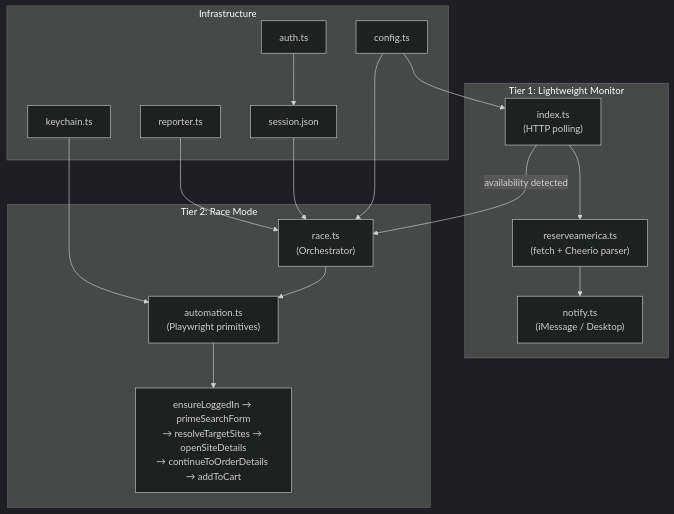
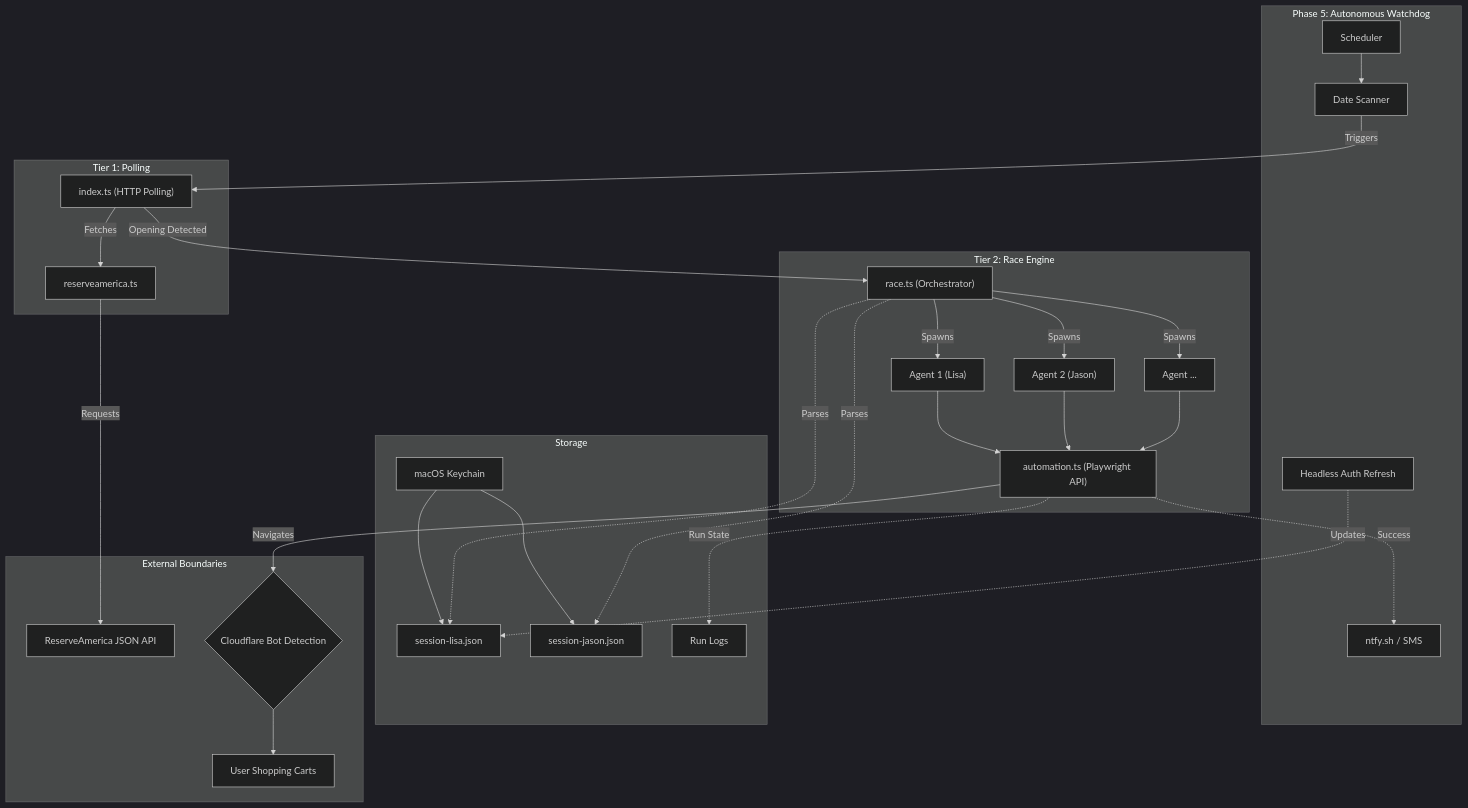
The first of 2 diagrams in ARCHITECTURE.md (jrichyrich/bear-lake-booker), drawn with Mermaid (dark theme) before and after one commit. The commit also changed 14 other files, not shown here.

Commit message:
docs: create autonomous pipeline architecture roadmap and diagrams

````diff
--- a/ARCHITECTURE.md
+++ b/ARCHITECTURE.md
@@ -5,23 +5,63 @@
 ```mermaid
-graph TD
-    subgraph "Tier 1: Lightweight Monitor"
-        A["index.ts<br/>(HTTP polling)"] --> B["reserveamerica.ts<br/>(fetch + Cheerio parser)"]
-        B --> C["notify.ts<br/>(iMessage / Desktop)"]
+flowchart TD
+    %% Phase 5
+    subgraph Watchdog [Phase 5: Autonomous Watchdog]
+        WSched["Scheduler"] --> WDate["Date Scanner"]
+        WRef["Headless Auth Refresh"]
+        WNotif["ntfy.sh / SMS"]
     end
 
-    subgraph "Tier 2: Race Mode"
-        D["race.ts<br/>(Orchestrator)"] --> E["automation.ts<br/>(Playwright primitives)"]
-        E --> F["ensureLoggedIn → primeSearchForm<br/>→ resolveTargetSites → openSiteDetails<br/>→ continueToOrderDetails → addToCart"]
+    %% Storage & Credentials
+    subgraph Storage [Storage]
+        K["macOS Keychain"] --> S1["session-lisa.json"]
+        K --> S2["session-jason.json"]
+        Logs["Run Logs"]
     end
 
-    subgraph "Infrastructure"
-        G["config.ts"] --> A
-        G --> D
-        H["keychain.ts"] --> E
-        I["auth.ts"] --> J["session.json"]
-        J --> D
-        K["reporter.ts"] --> D
+    %% Monitoring
+    subgraph Monitor [Tier 1: Polling]
+        I["index.ts (HTTP Polling)"]
+        RAFetch["reserveamerica.ts"]
     end
 
-    A -->|"availability detected"| D
+    %% Execution
+    subgraph Engine [Tier 2: Race Engine]
+        R["race.ts (Orchestrator)"]
+        A1["Agent 1 (Lisa)"]
+        A2["Agent 2 (Jason)"]
+        A3["Agent ..."]
+        Auto["automation.ts (Playwright API)"]
+    end
+
+    %% External
+    subgraph External [External Boundaries]
+        HTTP["ReserveAmerica JSON API"]
+        WAF{"Cloudflare Bot Detection"}
+        Cart["User Shopping Carts"]
+    end
+
+    %% Logical Connections
+    WDate -->|Triggers| I
+    I -->|Fetches| RAFetch
+    RAFetch -->|Requests| HTTP
+    I -->|Opening Detected| R
+    
+    R -.->|Parses| S1
+    R -.->|Parses| S2
+    
+    R -->|Spawns| A1
+    R -->|Spawns| A2
+    R -->|Spawns| A3
+    
+    A1 --> Auto
+    A2 --> Auto
+    A3 --> Auto
+    
+    WRef -.->|Updates| S1
+    
+    Auto -->|Navigates| WAF
+    WAF --> Cart
+    
+    Auto -.->|Success| WNotif
+    Auto -.->|Run State| Logs
 ```
````
